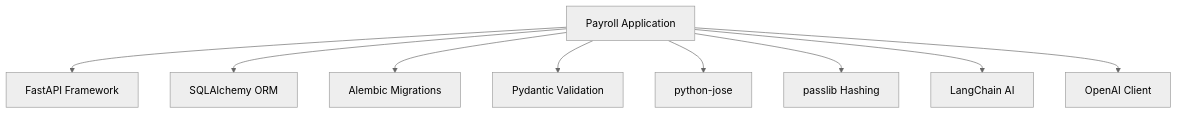
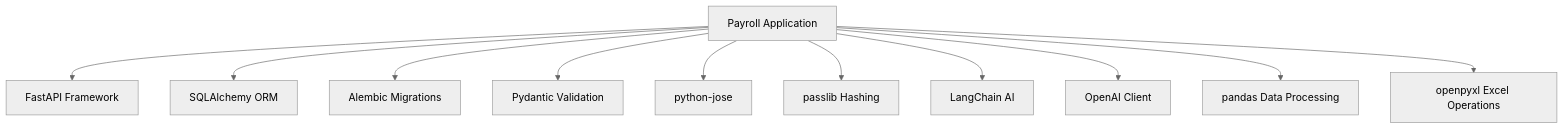
Before and after one commit to bikinaplikasipakeqoder-dot/payroll-hris: the ninth of 9 diagrams in .qoder/repowiki/en/content/API Reference.md, drawn with Mermaid (neutral theme). The commit also changed other lines of this file and 12 other files, not shown here.

````diff
--- a/.qoder/repowiki/en/content/API Reference.md
+++ b/.qoder/repowiki/en/content/API Reference.md
@@ -696,20 +778,24 @@
 ```mermaid
 graph TB
 App["Payroll Application"]
 FastAPI["FastAPI Framework"]
 SQLAlchemy["SQLAlchemy ORM"]
 Alembic["Alembic Migrations"]
 Pydantic["Pydantic Validation"]
 JWT["python-jose"]
 Passlib["passlib Hashing"]
 LangChain["LangChain AI"]
 OpenAI["OpenAI Client"]
+Pandas["pandas Data Processing"]
+OpenPyXL["openpyxl Excel Operations"]
 App --> FastAPI
 App --> SQLAlchemy
 App --> Alembic
 App --> Pydantic
 App --> JWT
 App --> Passlib
 App --> LangChain
 App --> OpenAI
+App --> Pandas
+App --> OpenPyXL
 ```
````
